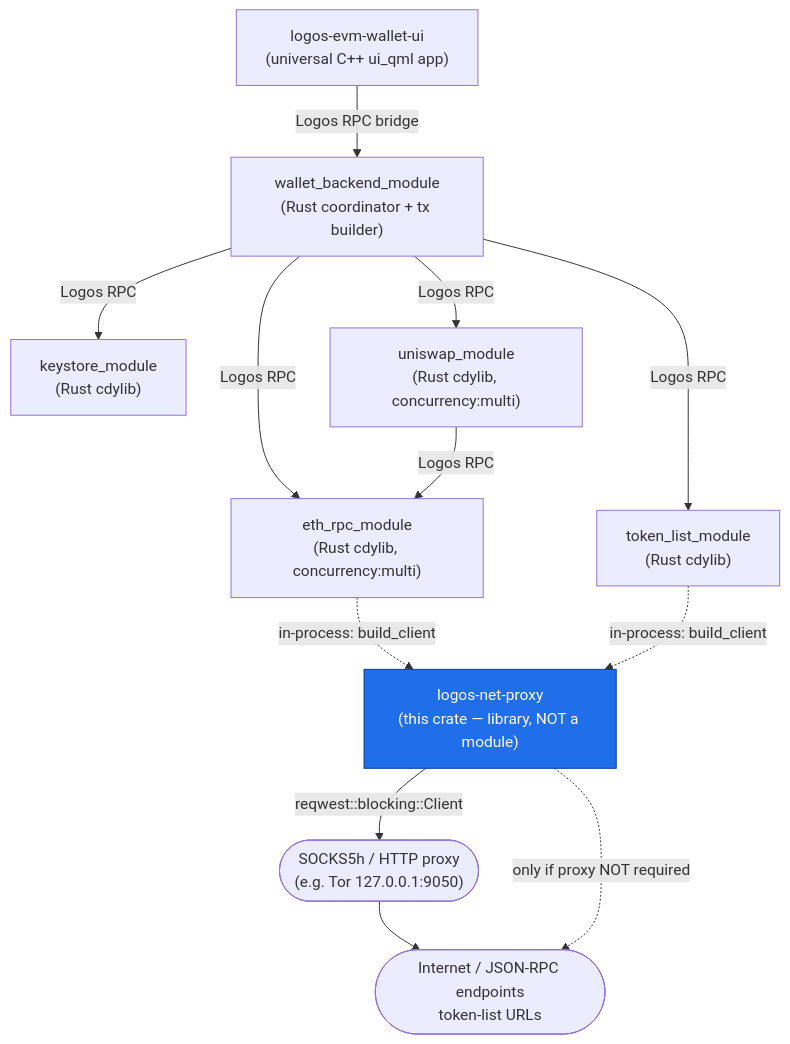
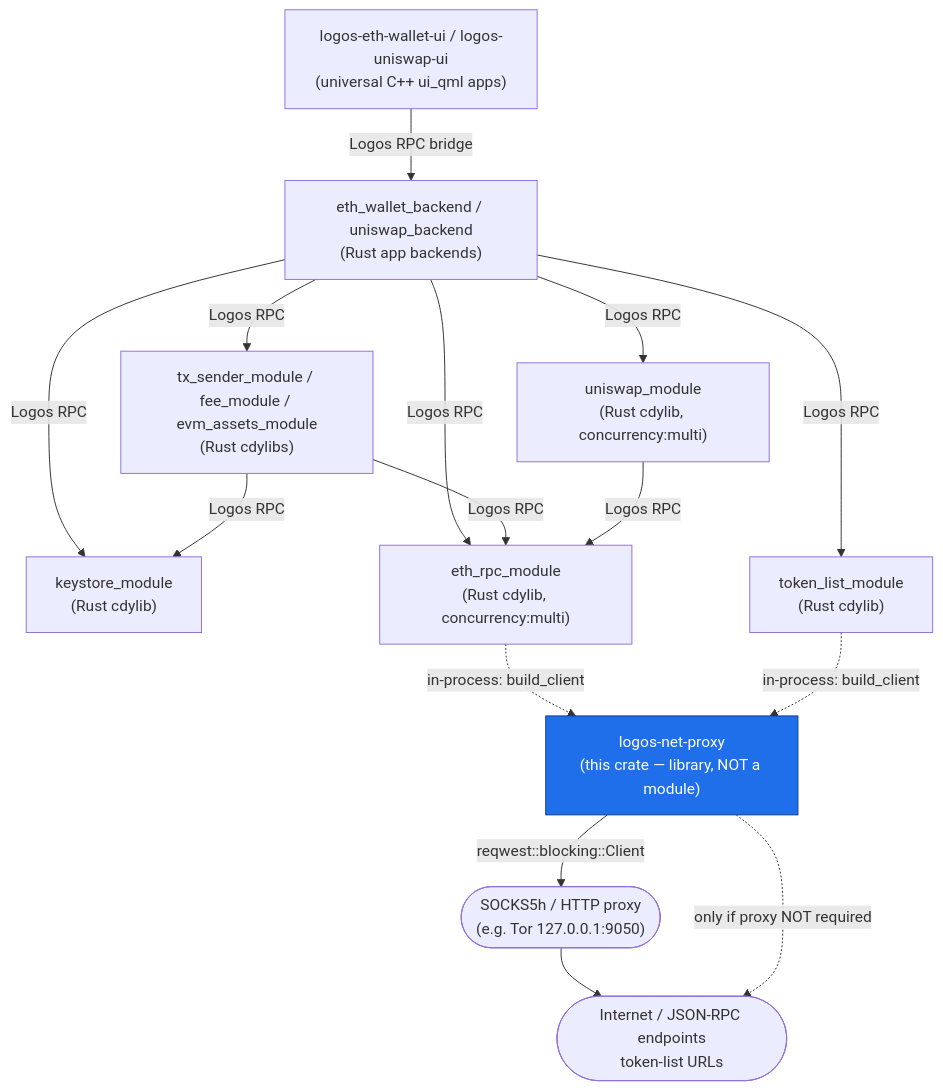
One commit to logos-co/logos-evm-net-proxy changed the first of 3 diagrams in docs/specs.md. Above: the diagram before and after it, drawn with Mermaid.

Commit message:
docs: name today's callers in the specs (#4)
The diagram showed the archived wallet backend and UI above the networking modules.

````diff
--- a/docs/specs.md
+++ b/docs/specs.md
@@ -37,29 +37,33 @@
 ```mermaid
 flowchart TD
-    UI["logos-evm-wallet-ui<br/>(universal C++ ui_qml app)"]
-    BE["wallet_backend_module<br/>(Rust coordinator + tx builder)"]
+    UI["logos-eth-wallet-ui / logos-uniswap-ui<br/>(universal C++ ui_qml apps)"]
+    BE["eth_wallet_backend / uniswap_backend<br/>(Rust app backends)"]
+    TX["tx_sender_module / fee_module / evm_assets_module<br/>(Rust cdylibs)"]
     KS["keystore_module<br/>(Rust cdylib)"]
     UNI["uniswap_module<br/>(Rust cdylib, concurrency:multi)"]
     ETH["eth_rpc_module<br/>(Rust cdylib, concurrency:multi)"]
     TOK["token_list_module<br/>(Rust cdylib)"]
     NP["logos-net-proxy<br/>(this crate — library, NOT a module)"]
     NET(["Internet / JSON-RPC endpoints<br/>token-list URLs"])
     PROXY(["SOCKS5h / HTTP proxy<br/>(e.g. Tor 127.0.0.1:9050)"])
 
     UI -->|Logos RPC bridge| BE
     BE -->|Logos RPC| KS
+    BE -->|Logos RPC| TX
     BE -->|Logos RPC| ETH
     BE -->|Logos RPC| TOK
     BE -->|Logos RPC| UNI
+    TX -->|Logos RPC| KS
+    TX -->|Logos RPC| ETH
     UNI -->|Logos RPC| ETH
 
     ETH -.->|in-process: build_client| NP
     TOK -.->|in-process: build_client| NP
 
     NP -->|reqwest::blocking::Client| PROXY
     PROXY --> NET
     NP -.->|"only if proxy NOT required"| NET
 
     classDef thisrepo fill:#1f6feb,stroke:#0b3d91,color:#fff;
     class NP thisrepo;
 ```
````
